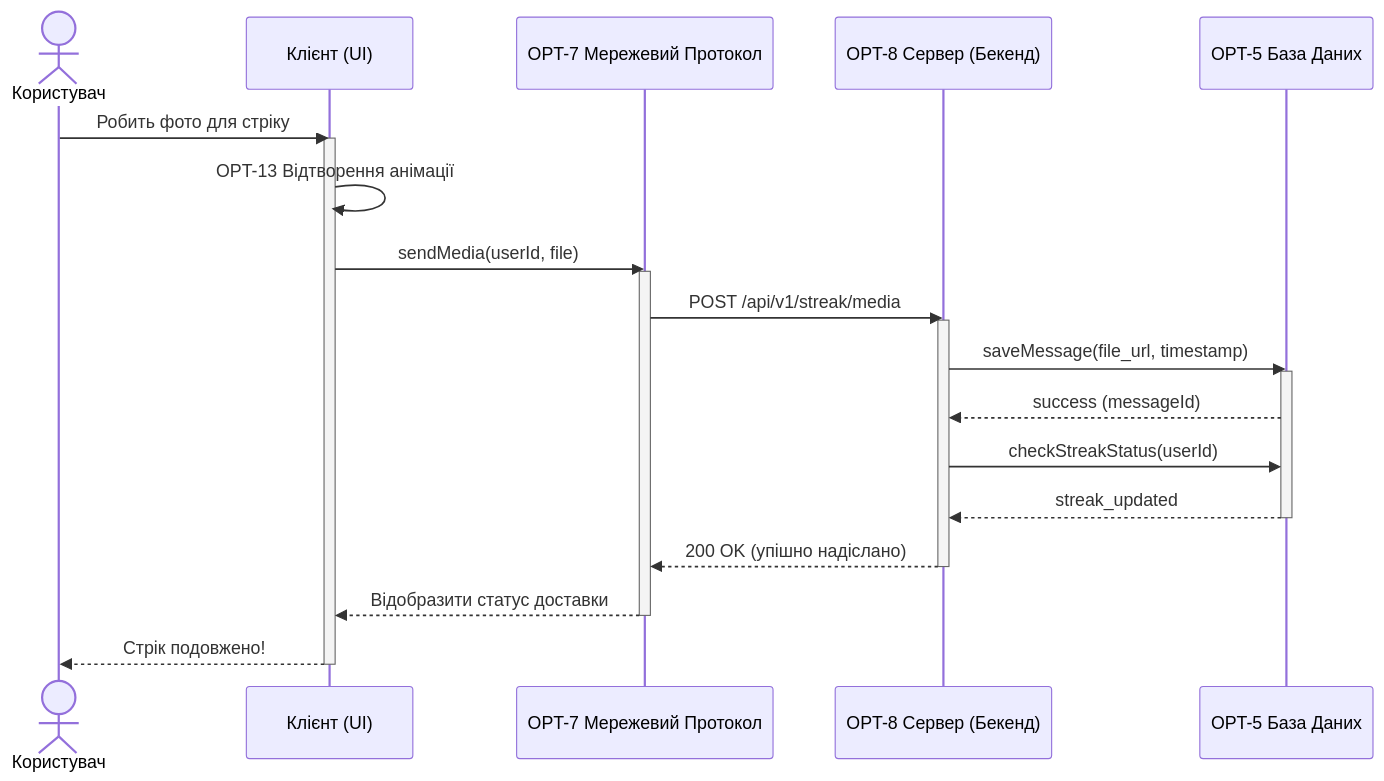
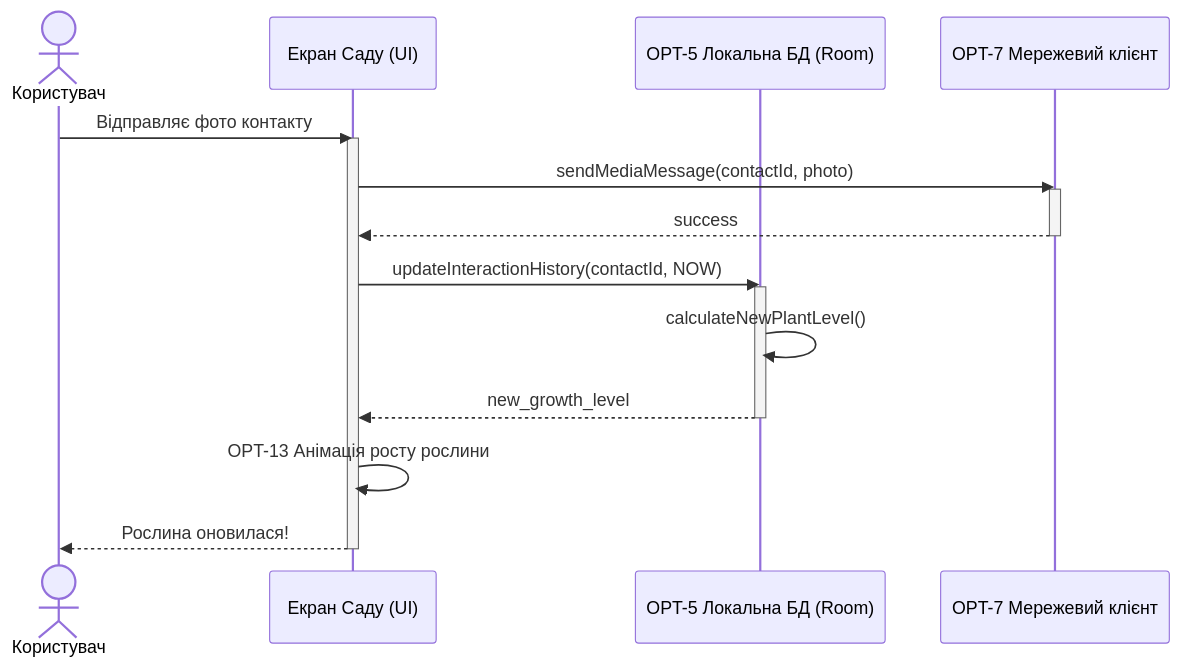
Before and after one commit to BimbaXdeV/OPI-Practice: the third of 3 diagrams in README.md, drawn with Mermaid. The commit also changed other lines of this file, not shown here.

````diff
--- a/README.md
+++ b/README.md
@@ -92,32 +85,24 @@
 ```mermaid
 sequenceDiagram
     actor U as Користувач
-    participant UI as Клієнт (UI)
-    participant Net as OPT-7 Мережевий Протокол
-    participant Srv as OPT-8 Сервер (Бекенд)
-    participant DB as OPT-5 База Даних
+    participant UI as Екран Саду (UI)
+    participant DB as OPT-5 Локальна БД (Room)
+    participant Net as OPT-7 Мережевий клієнт
 
-    U->>UI: Робить фото для стріку
+    U->>UI: Відправляє фото контакту
     activate UI
-    UI->>UI: OPT-13 Відтворення анімації
-    UI->>Net: sendMedia(userId, file)
+    UI->>Net: sendMediaMessage(contactId, photo)
     activate Net
-    Net->>Srv: POST /api/v1/streak/media
-    activate Srv
+    Net-->>UI: success
+    deactivate Net
     
-    Srv->>DB: saveMessage(file_url, timestamp)
+    UI->>DB: updateInteractionHistory(contactId, NOW)
     activate DB
-    DB-->>Srv: success (messageId)
-    
-    Srv->>DB: checkStreakStatus(userId)
-    DB-->>Srv: streak_updated
+    DB->>DB: calculateNewPlantLevel()
+    DB-->>UI: new_growth_level
     deactivate DB
     
-    Srv-->>Net: 200 OK (упішно надіслано)
-    deactivate Srv
-    Net-->>UI: Відобразити статус доставки
-    deactivate Net
-    
-    UI-->>U: Стрік подовжено!
+    UI->>UI: OPT-13 Анімація росту рослини
+    UI-->>U: Рослина оновилася!
     deactivate UI
 ```
````
